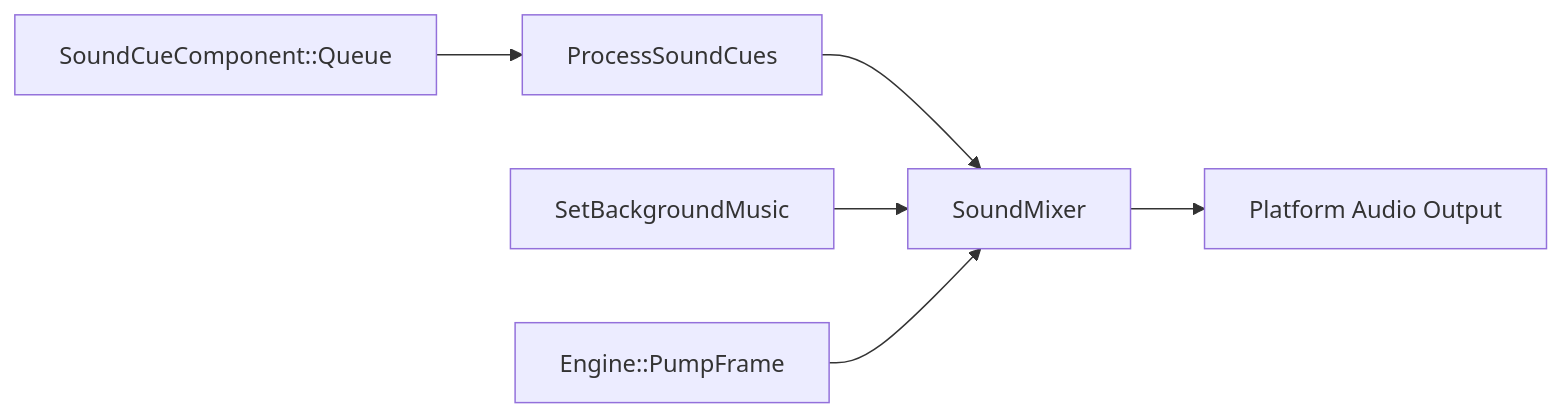
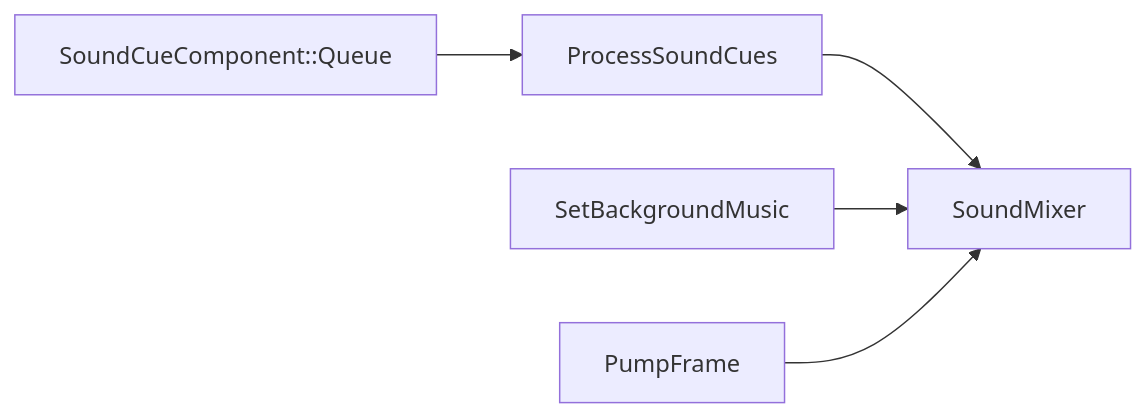
The diagram in docs/programming-guide/6-sound/01-sound-engine.md (hoihky/spark), drawn with Mermaid before and after one commit. The commit also changed other lines of this file and 232 other files, not shown here.

````diff
--- a/docs/programming-guide/6-sound/01-sound-engine.md
+++ b/docs/programming-guide/6-sound/01-sound-engine.md
@@ -5,8 +9,7 @@
 ```mermaid
 flowchart LR
     Cue[SoundCueComponent::Queue] --> Process[ProcessSoundCues]
     Process --> Mixer[SoundMixer]
-    Mixer --> Out[Platform Audio Output]
     BGM[SetBackgroundMusic] --> Mixer
-    Engine[Engine::PumpFrame] --> Mixer
+    Engine[PumpFrame] --> Mixer
 ```
````
